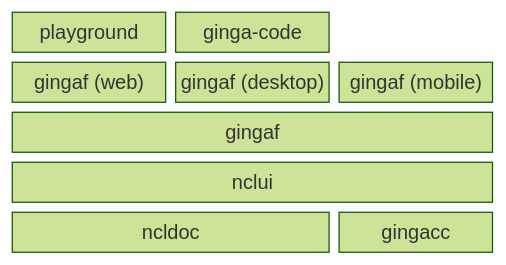
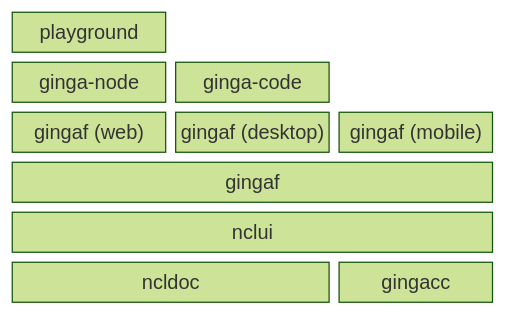
The diagram in README.md (ginga-org-br/gingaf), drawn with Mermaid (forest theme) before and after one commit. The commit also changed other lines of this file, not shown here.

````diff
--- a/README.md
+++ b/README.md
@@ -11,14 +16,17 @@
 ```mermaid
 block-beta
 columns 3
   playground["playground"]
+  space
+  space
+  ginga_node["ginga-node"]
   ginga_code["ginga-code"]
   space
   web["gingaf (web)"]
   desktop["gingaf (desktop)"]
   mobile["gingaf (mobile)"]
   gingaf["gingaf"]:3
   nclui["nclui"]:3
   ncldoc["ncldoc"]:2
   gingacc["gingacc"]:1
 ```
````
